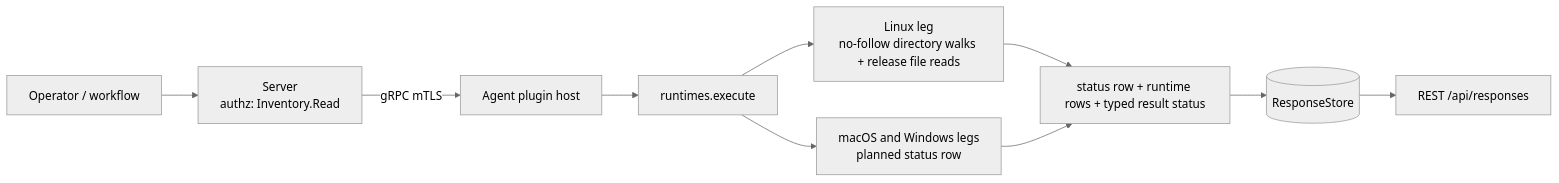
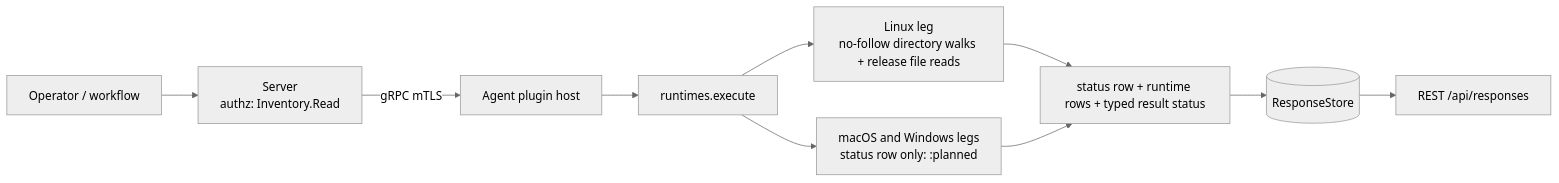
One commit to Tr3kkR/Yuzu changed the diagram in agents/plugins/runtimes/README.md. Above: the diagram before and after it, drawn with Mermaid (neutral theme). The commit also changed other lines of this file and 4 other files, not shown here.

````diff
--- a/agents/plugins/runtimes/README.md
+++ b/agents/plugins/runtimes/README.md
@@ -21,8 +21,8 @@
 ```mermaid
 flowchart LR
   OP[Operator / workflow] --> SRV[Server<br/>authz: Inventory.Read]
   SRV -- gRPC mTLS --> HOST[Agent plugin host] --> EX[runtimes.execute]
   EX --> LIN[Linux leg<br/>no-follow directory walks + release file reads]
-  EX --> PLN[macOS and Windows legs<br/>planned status row]
+  EX --> PLN[macOS and Windows legs<br/>status row only: <os>:planned]
   LIN & PLN --> ROWS[status row + runtime rows + typed result status] --> RS[(ResponseStore)] --> API[REST /api/responses]
 ```
````
